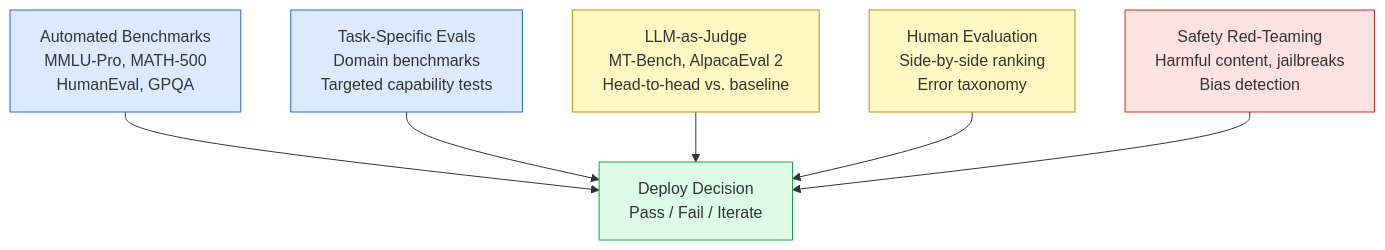
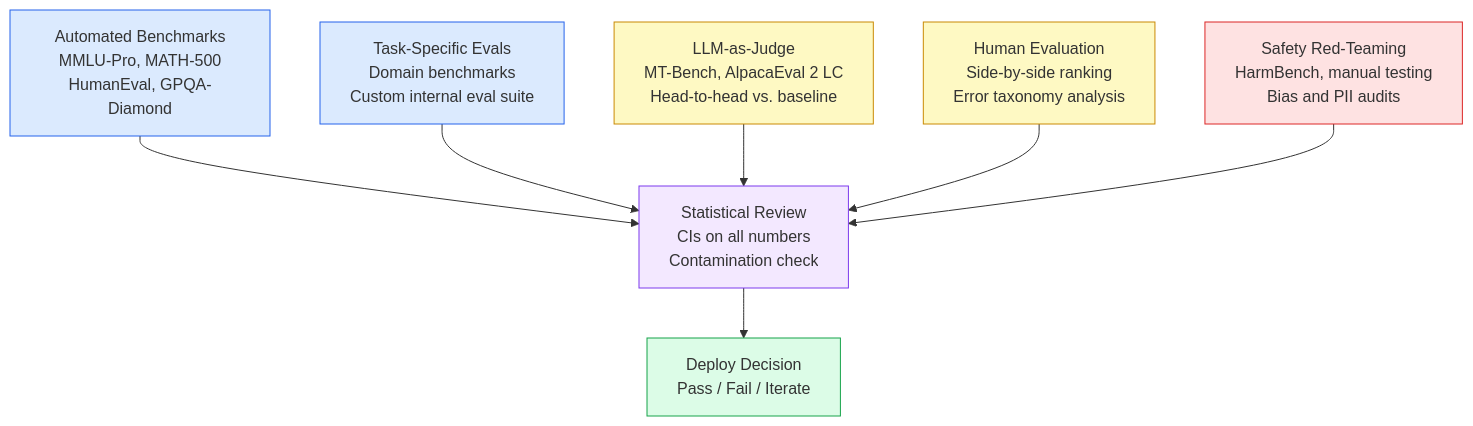
The second of 2 diagrams in md_book/ch12_evaluation.md (adiel2012/gpt-model-training), drawn with Mermaid before and after one commit. The commit also changed other lines of this file, not shown here.

````diff
--- a/md_book/ch12_evaluation.md
+++ b/md_book/ch12_evaluation.md
@@ -140,22 +378,25 @@
 ```mermaid
 graph TD
-    A["Automated Benchmarks<br/>MMLU-Pro, MATH-500<br/>HumanEval, GPQA"]
-    B["Task-Specific Evals<br/>Domain benchmarks<br/>Targeted capability tests"]
-    C["LLM-as-Judge<br/>MT-Bench, AlpacaEval 2<br/>Head-to-head vs. baseline"]
-    D["Human Evaluation<br/>Side-by-side ranking<br/>Error taxonomy"]
-    E["Safety Red-Teaming<br/>Harmful content, jailbreaks<br/>Bias detection"]
-    F["Deploy Decision<br/>Pass / Fail / Iterate"]
+    A["Automated Benchmarks<br/>MMLU-Pro, MATH-500<br/>HumanEval, GPQA-Diamond"]
+    B["Task-Specific Evals<br/>Domain benchmarks<br/>Custom internal eval suite"]
+    C["LLM-as-Judge<br/>MT-Bench, AlpacaEval 2 LC<br/>Head-to-head vs. baseline"]
+    D["Human Evaluation<br/>Side-by-side ranking<br/>Error taxonomy analysis"]
+    E["Safety Red-Teaming<br/>HarmBench, manual testing<br/>Bias and PII audits"]
+    F["Statistical Review<br/>CIs on all numbers<br/>Contamination check"]
+    G["Deploy Decision<br/>Pass / Fail / Iterate"]
 
     A --> F
     B --> F
     C --> F
     D --> F
     E --> F
+    F --> G
 
     style A fill:#dbeafe,stroke:#2563eb
     style B fill:#dbeafe,stroke:#2563eb
     style C fill:#fef9c3,stroke:#ca8a04
     style D fill:#fef9c3,stroke:#ca8a04
     style E fill:#fee2e2,stroke:#dc2626
-    style F fill:#dcfce7,stroke:#16a34a
+    style F fill:#f3e8ff,stroke:#7c3aed
+    style G fill:#dcfce7,stroke:#16a34a
 ```
````
